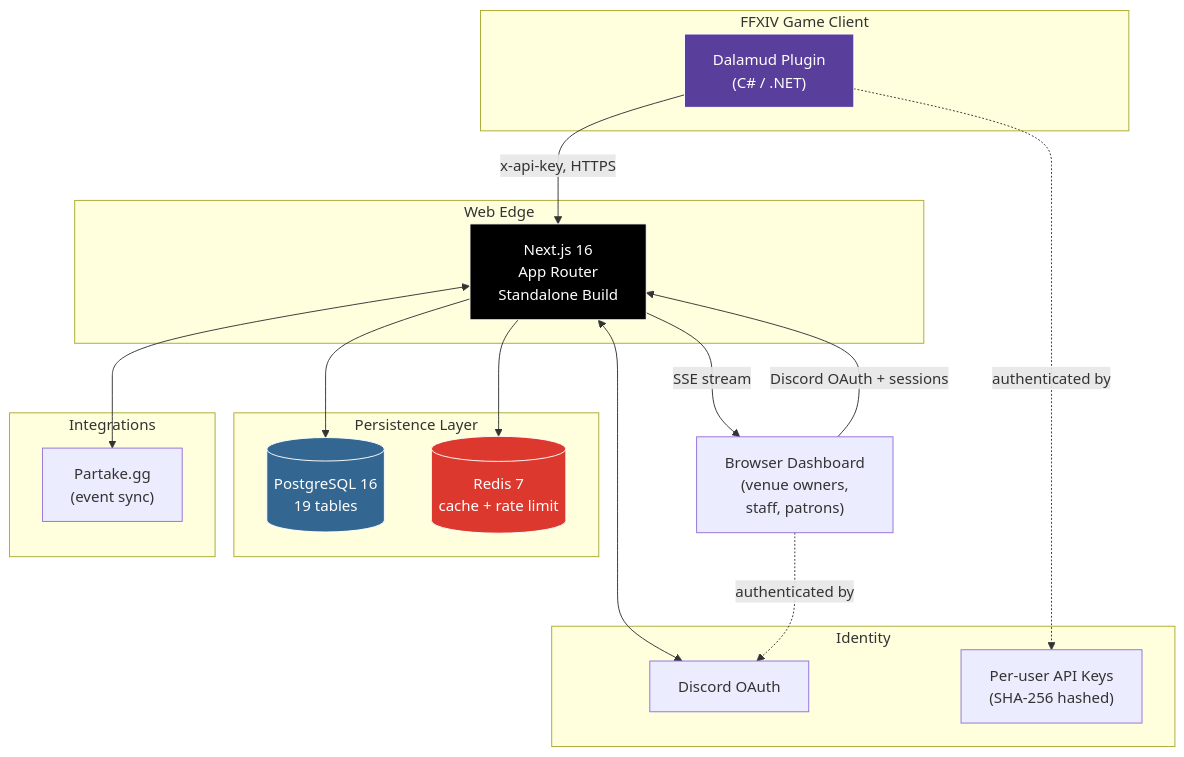
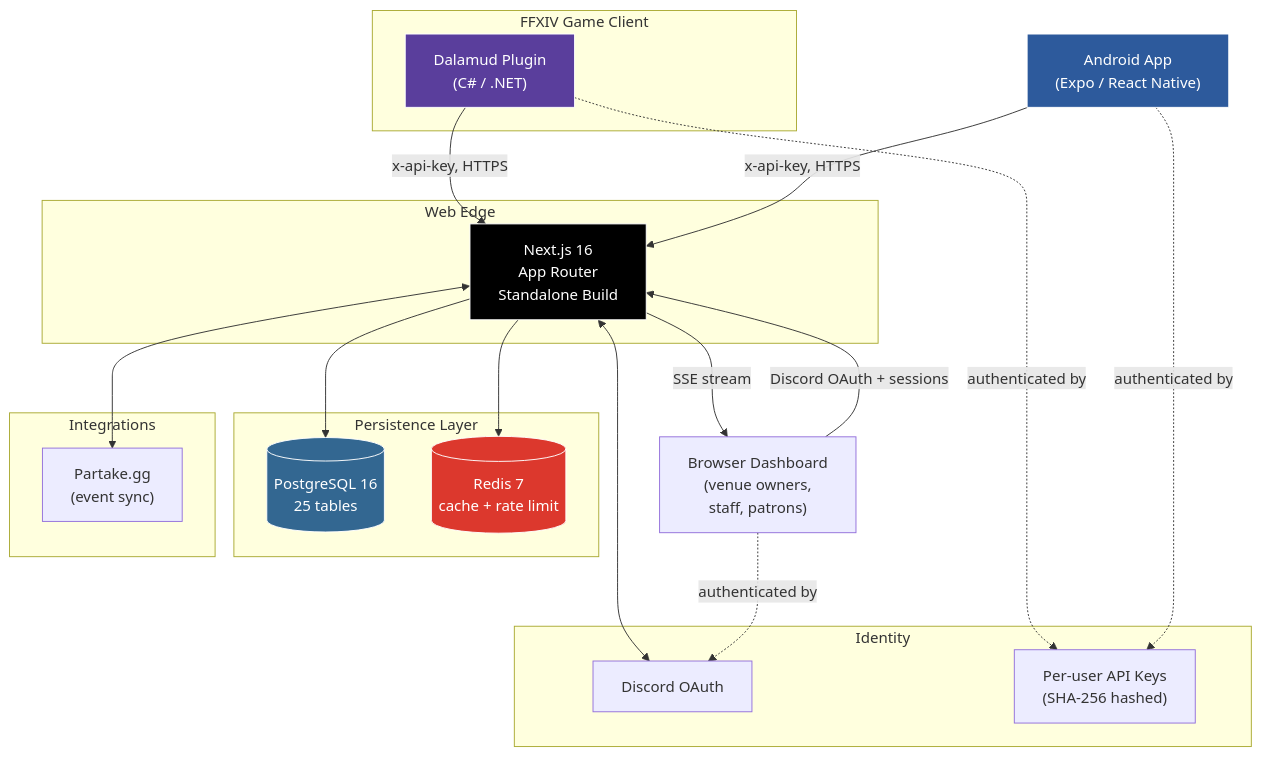
The diagram in CASE_STUDY.md (BluntEXE/ffxiv-venue-manager), drawn with Mermaid before and after one commit. The commit also changed other lines of this file, not shown here.

````diff
--- a/CASE_STUDY.md
+++ b/CASE_STUDY.md
@@ -94,41 +105,45 @@
 ```mermaid
 graph TB
     subgraph Game["FFXIV Game Client"]
         Plugin["Dalamud Plugin<br/>(C# / .NET)"]
     end
 
     subgraph Edge["Web Edge"]
         Next["Next.js 16<br/>App Router<br/>Standalone Build"]
     end
 
     subgraph Data["Persistence Layer"]
-        PG[("PostgreSQL 16<br/>19 tables")]
+        PG[("PostgreSQL 16<br/>25 tables")]
         Redis[("Redis 7<br/>cache + rate limit")]
     end
 
     subgraph Auth["Identity"]
         Discord["Discord OAuth"]
         APIKey["Per-user API Keys<br/>(SHA-256 hashed)"]
     end
 
     subgraph External["Integrations"]
         Partake["Partake.gg<br/>(event sync)"]
     end
 
     Browser["Browser Dashboard<br/>(venue owners,<br/>staff, patrons)"]
+    Mobile["Android App<br/>(Expo / React Native)"]
 
     Plugin -- "x-api-key, HTTPS" --> Next
     Browser -- "Discord OAuth + sessions" --> Next
+    Mobile -- "x-api-key, HTTPS" --> Next
     Next --> PG
     Next --> Redis
     Next -- "SSE stream" --> Browser
     Next <--> Discord
     Plugin -.->|authenticated by| APIKey
+    Mobile -.->|authenticated by| APIKey
     Browser -.->|authenticated by| Discord
     Next <--> Partake
 
     style Plugin fill:#5a3e9c,stroke:#fff,color:#fff
     style Next fill:#000,stroke:#fff,color:#fff
     style PG fill:#336791,stroke:#fff,color:#fff
     style Redis fill:#dc382d,stroke:#fff,color:#fff
+    style Mobile fill:#2d5a9c,stroke:#fff,color:#fff
 ```
````
